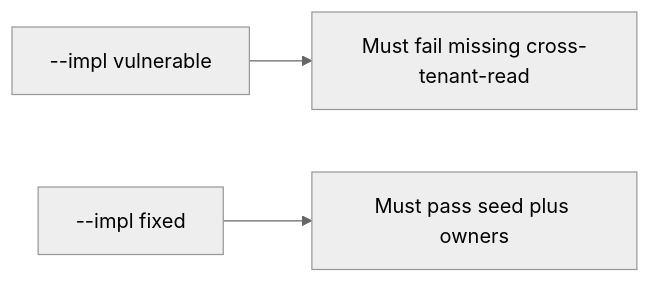
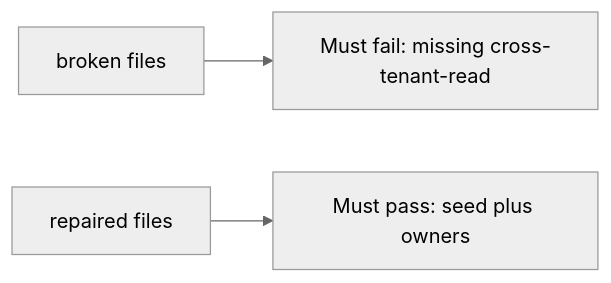
Before and after one commit to ishitvagoel/LearnSecurity: the diagram in content/modules/3/3.2/lessons/05-verify.md, drawn with Mermaid (neutral theme). The commit also changed other lines of this file and 31 other files, not shown here.

````diff
--- a/content/modules/3/3.2/lessons/05-verify.md
+++ b/content/modules/3/3.2/lessons/05-verify.md
@@ -15,5 +14,5 @@
 ```mermaid
 flowchart LR
-  V["--impl vulnerable"] --> F[Must fail missing cross-tenant-read]
-  X["--impl fixed"] --> P[Must pass seed plus owners]
+  V["broken files"] --> F[Must fail: missing cross-tenant-read]
+  X["repaired files"] --> P[Must pass: seed plus owners]
 ```
````
